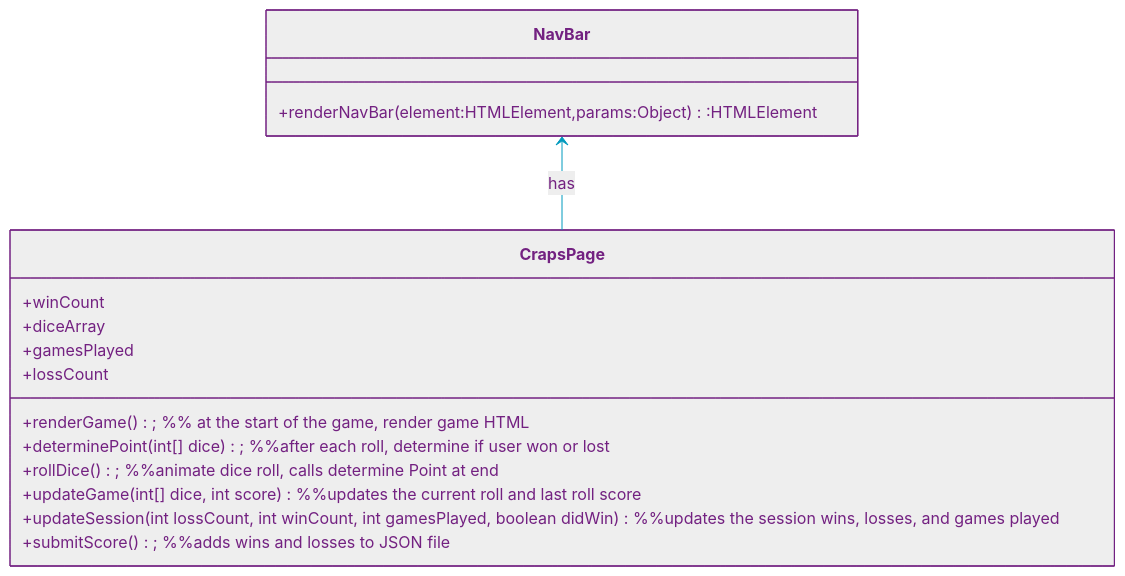
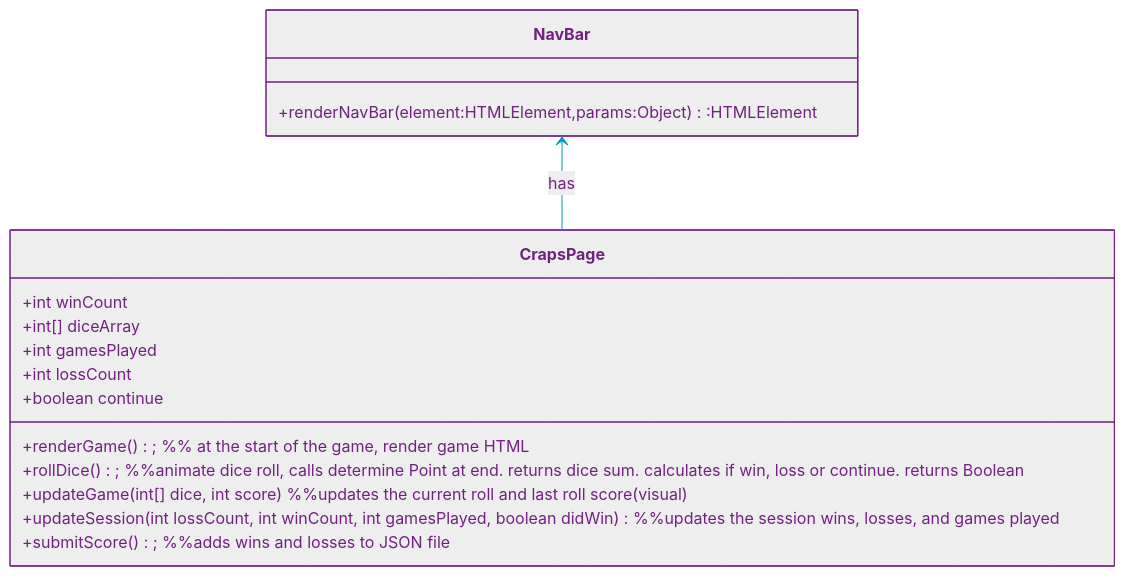
The diagram in uml/icd.md (null-0ne/COSA-195-Gamehub), drawn with Mermaid before and after one commit. The commit also changed 1 other file, not shown here.

Commit message:
Made changes to ICD and SEQ diagrams

````diff
--- a/uml/icd.md
+++ b/uml/icd.md
@@ -3,46 +3,47 @@
 ```mermaid
 %%{init:{"securityLevel":"loose","layout":"elk","elk":{"nodePlacementStrategy":"NETWORK_SIMPLEX"},"theme":"base",
 "themeVariables":{"primaryColor":"#EEE","primaryTextColor":"#732181","primaryBorderColor":"#732181","lineColor":"#009ABE","noteBorderColor":"#732181","noteBkgColor":"#F38A00","activationBkgColor":"#F38A00"    }
 }}%%
 %%----------------------- MERMAID MARKUP BELOW --------------------%%
 classDiagram
 %%  direction LR
 
-    
+
 
     class NavBar {
         +renderNavBar(element:HTMLElement,params:Object):HTMLElement
     }
 
     class CrapsPage{
-        +winCount
-        +diceArray
-        +gamesPlayed
-        +lossCount
+        +int winCount
+        +int[] diceArray
+        +int gamesPlayed
+        +int lossCount
+        +boolean continue
 
-        
-        +renderGame(); %% at the start of the game, render game HTML
 
-        +determinePoint(int[] dice); %%after each roll, determine if user won or lost
+    +renderGame(); %% at the start of the game, render game HTML
 
-        +rollDice(); %%animate dice roll, calls determine Point at end
+    +rollDice(); %%animate dice roll, calls determine Point at end. returns dice sum. calculates if win, loss or continue. returns Boolean
 
-        +updateGame(int[] dice, int score) %%updates the current roll and last roll score
+    %%+shiftDice(); %%move "current roll" dice into "last roll" dice slots
 
-        +updateSession(int lossCount, int winCount, int gamesPlayed, boolean didWin) %%updates the session wins, losses, and games played
+    +updateGame(int[] dice, int score) %%updates the current roll and last roll score (visual)
 
-        +submitScore(); %%adds wins and losses to JSON file
+    +updateSession(int lossCount, int winCount, int gamesPlayed, boolean didWin) %%updates the session wins, losses, and games played
+
+    +submitScore(); %%adds wins and losses to JSON file
     }
 
-    
 
- 
+
+
 
     %% Relationships
     NavBar <-- CrapsPage: has
-    
 
 
 
-%%----------------------- MERMAID MARKUP ABOVE --------------------%%    
+
+%%----------------------- MERMAID MARKUP ABOVE --------------------%%
 ```
````
